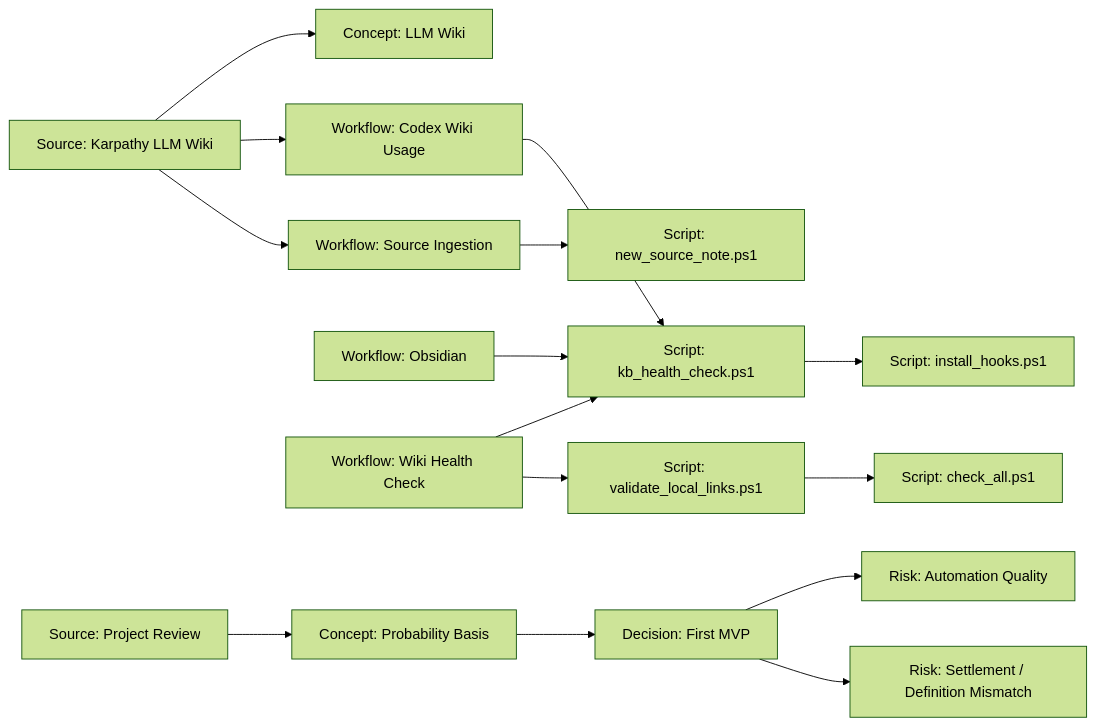
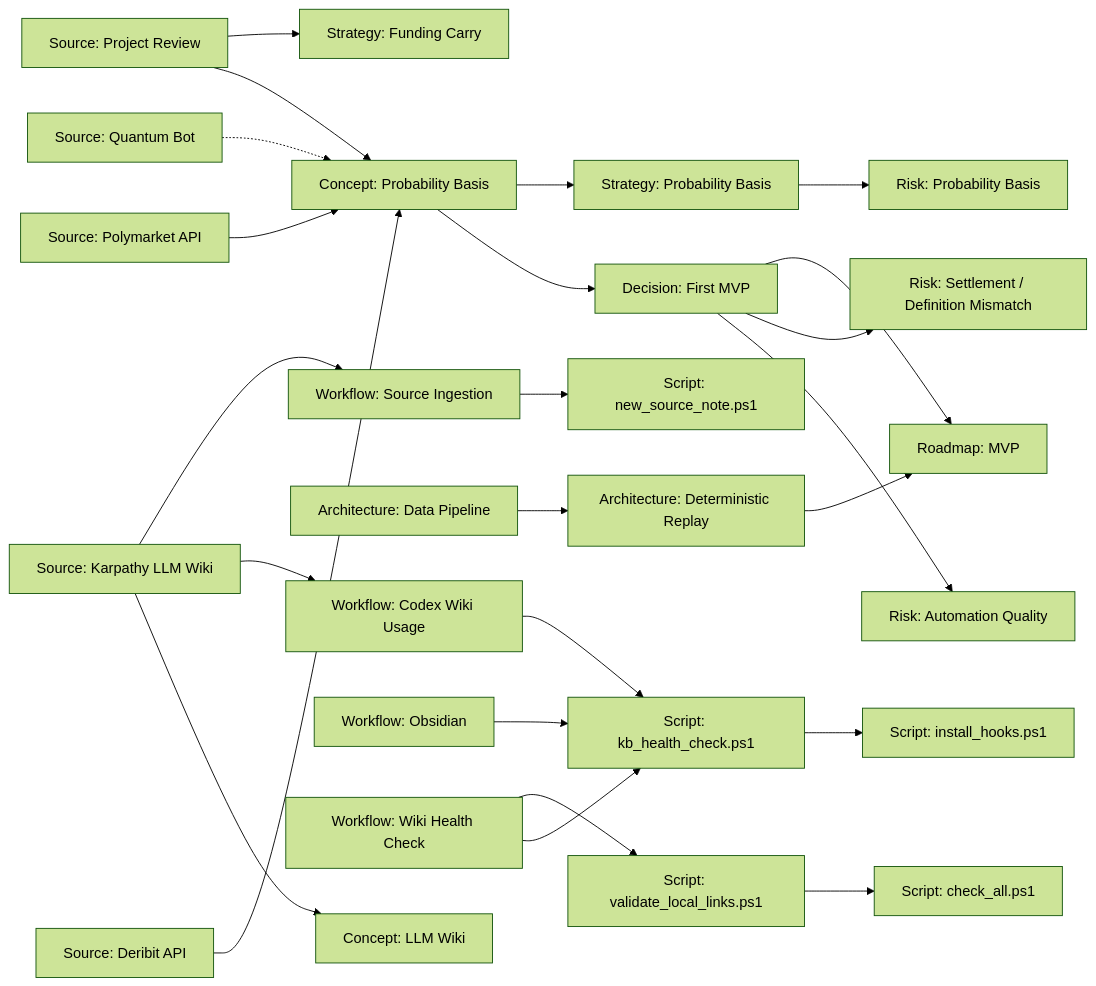
Before and after one commit to Cryptotehnolog/CRYPTOTEHNOLOG: the diagram in knowledge/graph.md, drawn with Mermaid (forest theme). The commit also changed 11 other files, not shown here.

````diff
--- a/knowledge/graph.md
+++ b/knowledge/graph.md
@@ -24,40 +24,59 @@
 ```mermaid
 flowchart LR
     karpathy["Source: Karpathy LLM Wiki"]
     review["Source: Project Review"]
+    deribit["Source: Deribit API"]
+    polymarket["Source: Polymarket API"]
+    quantum["Source: Quantum Bot"]
 
     llmWiki["Concept: LLM Wiki"]
     probabilityBasis["Concept: Probability Basis"]
 
     firstMvp["Decision: First MVP"]
+    probabilityStrategy["Strategy: Probability Basis"]
+    fundingStrategy["Strategy: Funding Carry"]
 
     automationRisk["Risk: Automation Quality"]
     settlementRisk["Risk: Settlement / Definition Mismatch"]
+    probabilityRisk["Risk: Probability Basis"]
+
+    dataPipeline["Architecture: Data Pipeline"]
+    replay["Architecture: Deterministic Replay"]
+    roadmap["Roadmap: MVP"]
 
     codexWorkflow["Workflow: Codex Wiki Usage"]
     obsidianWorkflow["Workflow: Obsidian"]
     healthWorkflow["Workflow: Wiki Health Check"]
     ingestWorkflow["Workflow: Source Ingestion"]
 
     kbCheck["Script: kb_health_check.ps1"]
     linkCheck["Script: validate_local_links.ps1"]
     checkAll["Script: check_all.ps1"]
     sourceNote["Script: new_source_note.ps1"]
     hooks["Script: install_hooks.ps1"]
 
     karpathy --> llmWiki
     karpathy --> codexWorkflow
     karpathy --> ingestWorkflow
+    deribit --> probabilityBasis
+    polymarket --> probabilityBasis
+    quantum -.-> probabilityBasis
     review --> probabilityBasis
+    review --> fundingStrategy
     probabilityBasis --> firstMvp
+    probabilityBasis --> probabilityStrategy
+    probabilityStrategy --> probabilityRisk
     firstMvp --> automationRisk
     firstMvp --> settlementRisk
+    firstMvp --> roadmap
+    dataPipeline --> replay
+    replay --> roadmap
 
     codexWorkflow --> kbCheck
     obsidianWorkflow --> kbCheck
     healthWorkflow --> kbCheck
     healthWorkflow --> linkCheck
     ingestWorkflow --> sourceNote
     kbCheck --> hooks
     linkCheck --> checkAll
 ```
````
